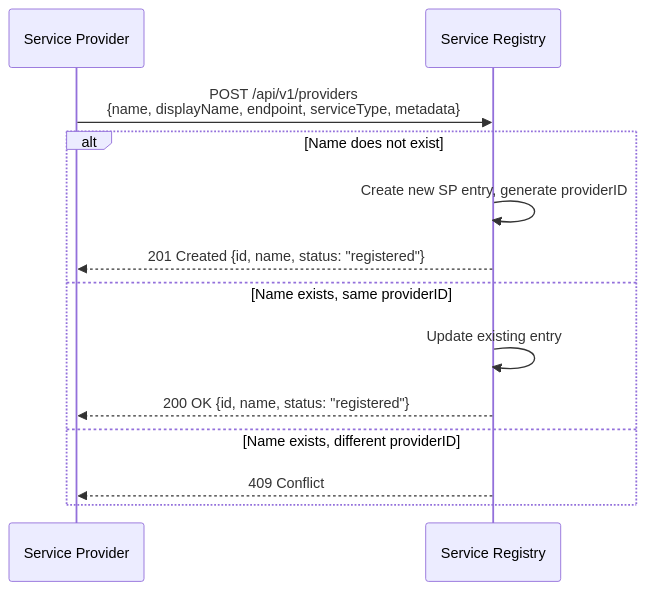
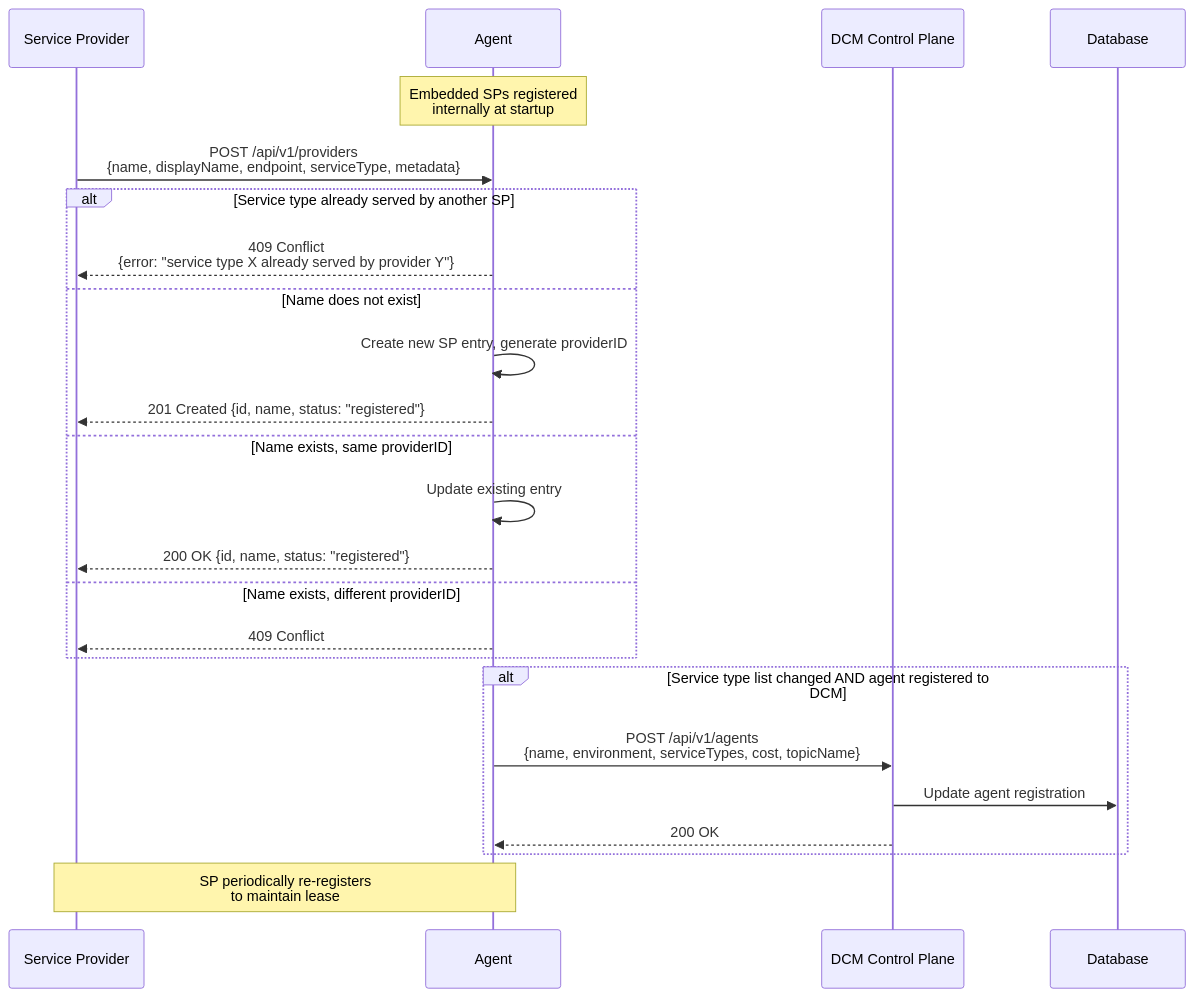
The seventh of 23 diagrams in enhancements/user-flows/user-flows.md (dcm-project/enhancements), drawn with Mermaid before and after one commit. The commit also changed other lines of this file and 7 other files, not shown here.

First line of the commit message:
Reflect Agent Environment introduction to other enhancements

````diff
--- a/enhancements/user-flows/user-flows.md
+++ b/enhancements/user-flows/user-flows.md
@@ -480,17 +536,31 @@
 ```mermaid
 sequenceDiagram
     participant SP as Service Provider
-    participant SR as Service Registry
+    participant AG as Agent
+    participant DCM as DCM Control Plane
+    participant DB as Database
 
-    SP->>SR: POST /api/v1/providers<br/>{name, displayName, endpoint, serviceType, metadata}
+    Note over AG: Embedded SPs registered<br/>internally at startup
 
-    alt Name does not exist
-        SR->>SR: Create new SP entry, generate providerID
-        SR-->>SP: 201 Created {id, name, status: "registered"}
+    SP->>AG: POST /api/v1/providers<br/>{name, displayName, endpoint, serviceType, metadata}
+
+    alt Service type already served by another SP
+        AG-->>SP: 409 Conflict<br/>{error: "service type X already served by provider Y"}
+    else Name does not exist
+        AG->>AG: Create new SP entry, generate providerID
+        AG-->>SP: 201 Created {id, name, status: "registered"}
     else Name exists, same providerID
-        SR->>SR: Update existing entry
-        SR-->>SP: 200 OK {id, name, status: "registered"}
+        AG->>AG: Update existing entry
+        AG-->>SP: 200 OK {id, name, status: "registered"}
     else Name exists, different providerID
-        SR-->>SP: 409 Conflict
+        AG-->>SP: 409 Conflict
     end
+
+    alt Service type list changed AND agent registered to DCM
+        AG->>DCM: POST /api/v1/agents<br/>{name, environment, serviceTypes, cost, topicName}
+        DCM->>DB: Update agent registration
+        DCM-->>AG: 200 OK
+    end
+
+    Note over SP,AG: SP periodically re-registers<br/>to maintain lease
 ```
````
